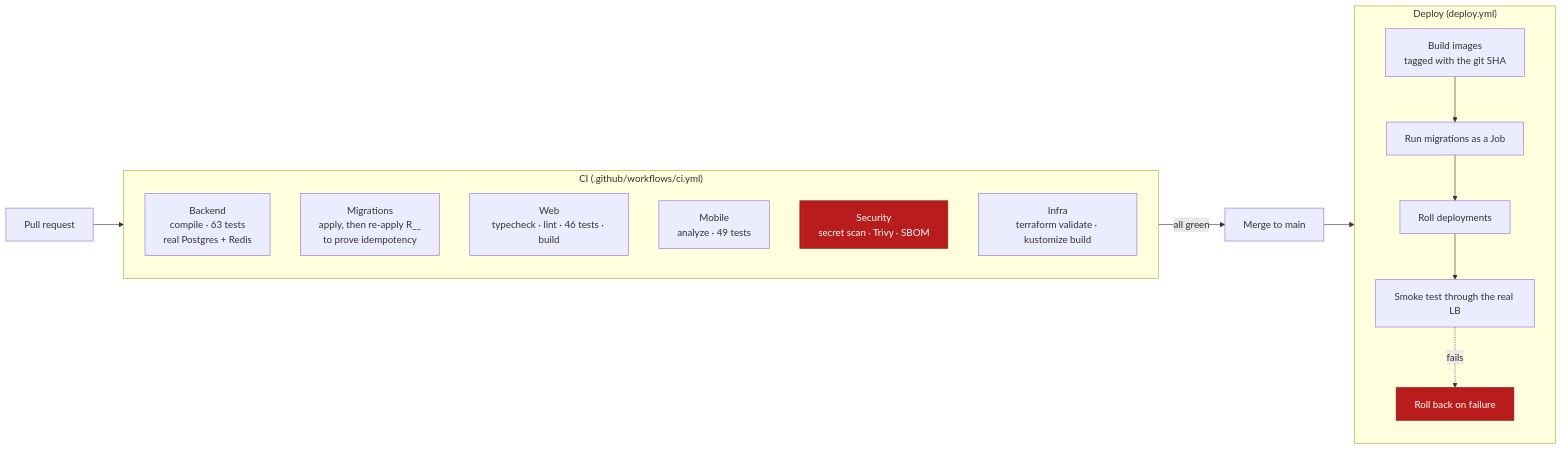
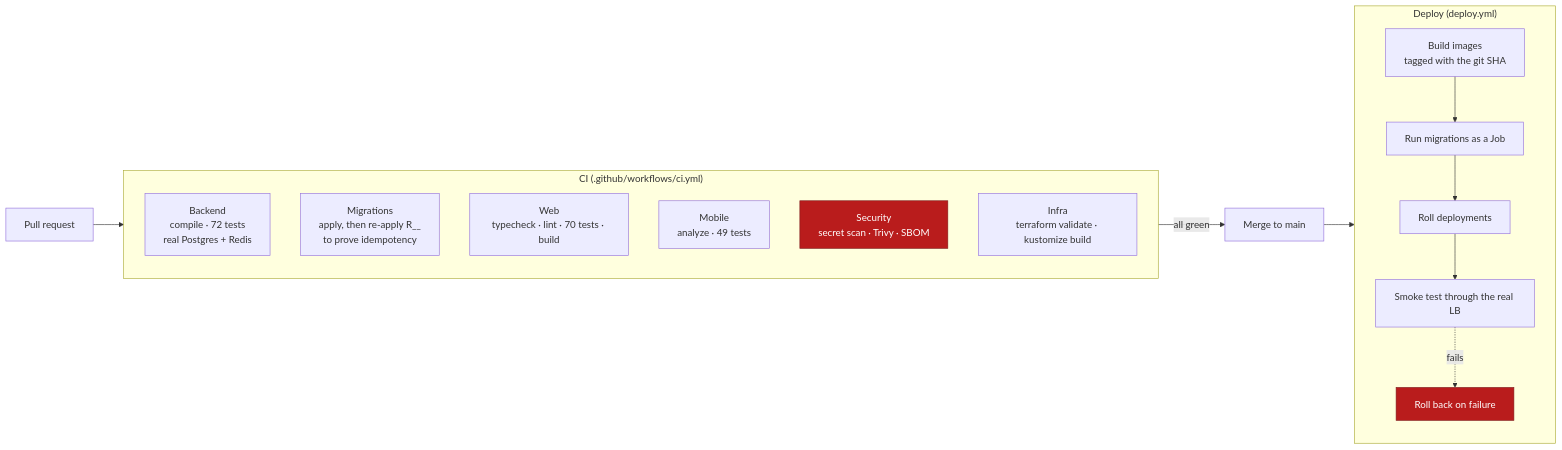
Before and after one commit to ahmedselimmansor-ctrl/Eshop-E-Comerce-NEXT.JS-Spring-Boot: diagram 18 of 18 in README.md, drawn with Mermaid. The commit also changed other lines of this file and 11 other files, not shown here.

First line of the commit message:
Add component tests for the web, in jsdom

````diff
--- a/README.md
+++ b/README.md
@@ -887,32 +887,32 @@
 ```mermaid
 flowchart LR
     PR["Pull request"] --> CI
 
     subgraph CI ["CI (.github/workflows/ci.yml)"]
         direction TB
-        BE["Backend<br/>compile · 63 tests<br/>real Postgres + Redis"]
+        BE["Backend<br/>compile · 72 tests<br/>real Postgres + Redis"]
         MIG["Migrations<br/>apply, then re-apply R__<br/>to prove idempotency"]
-        WEB["Web<br/>typecheck · lint · 46 tests · build"]
+        WEB["Web<br/>typecheck · lint · 70 tests · build"]
         MOB["Mobile<br/>analyze · 49 tests"]
         SEC["Security<br/>secret scan · Trivy · SBOM"]
         INF["Infra<br/>terraform validate · kustomize build"]
     end
 
     CI -->|"all green"| MERGE["Merge to main"]
     MERGE --> DEPLOY
 
     subgraph DEPLOY ["Deploy (deploy.yml)"]
         direction TB
         IMG["Build images<br/>tagged with the git SHA"]
         DBJ["Run migrations as a Job"]
         ROLL["Roll deployments"]
         SMOKE["Smoke test through the real LB"]
         RB["Roll back on failure"]
     end
 
     IMG --> DBJ --> ROLL --> SMOKE
     SMOKE -.->|"fails"| RB
 
     style SEC fill:#b91c1c,stroke:#7f1d1d,color:#ffffff
     style RB fill:#b91c1c,stroke:#7f1d1d,color:#ffffff
 ```
````
